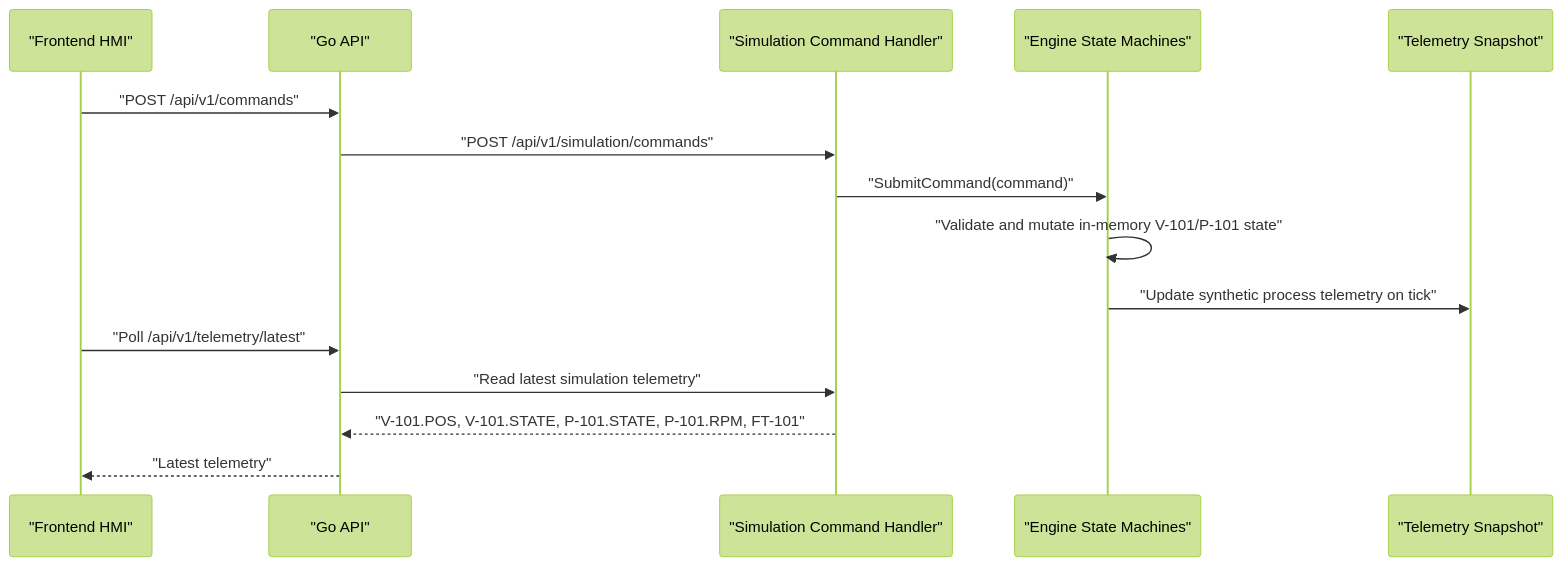
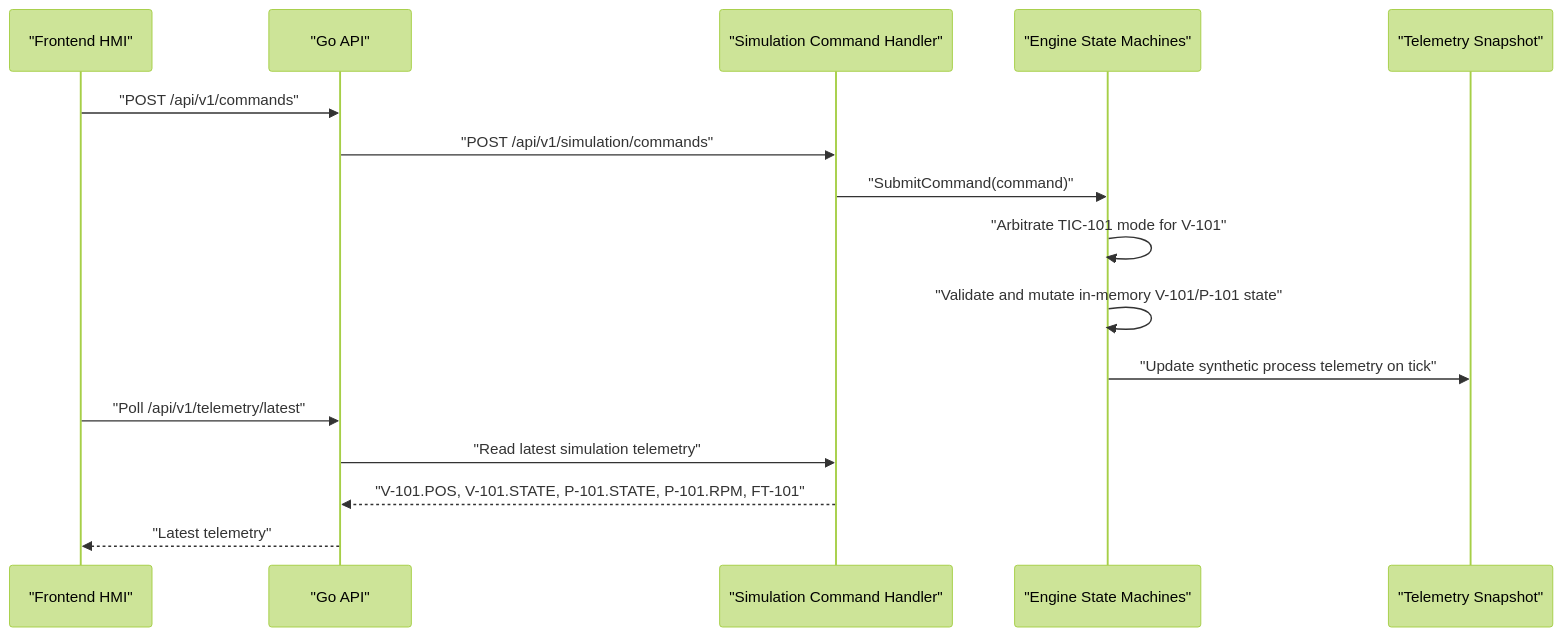
One commit to dimbo1324/smr-digital-twin-platform-r changed the fifth of 6 diagrams in docs/architecture.md. Above: the diagram before and after it, drawn with Mermaid (forest theme). The commit also changed other lines of this file and 42 other files, not shown here.

````diff
--- a/docs/architecture.md
+++ b/docs/architecture.md
@@ -79,18 +79,19 @@
 ```mermaid
 sequenceDiagram
     participant UI as "Frontend HMI"
     participant API as "Go API"
     participant SIM as "Simulation Command Handler"
     participant ENG as "Engine State Machines"
     participant TEL as "Telemetry Snapshot"
 
     UI->>API: "POST /api/v1/commands"
     API->>SIM: "POST /api/v1/simulation/commands"
     SIM->>ENG: "SubmitCommand(command)"
+    ENG->>ENG: "Arbitrate TIC-101 mode for V-101"
     ENG->>ENG: "Validate and mutate in-memory V-101/P-101 state"
     ENG->>TEL: "Update synthetic process telemetry on tick"
     UI->>API: "Poll /api/v1/telemetry/latest"
     API->>SIM: "Read latest simulation telemetry"
     SIM-->>API: "V-101.POS, V-101.STATE, P-101.STATE, P-101.RPM, FT-101"
     API-->>UI: "Latest telemetry"
 ```
````
